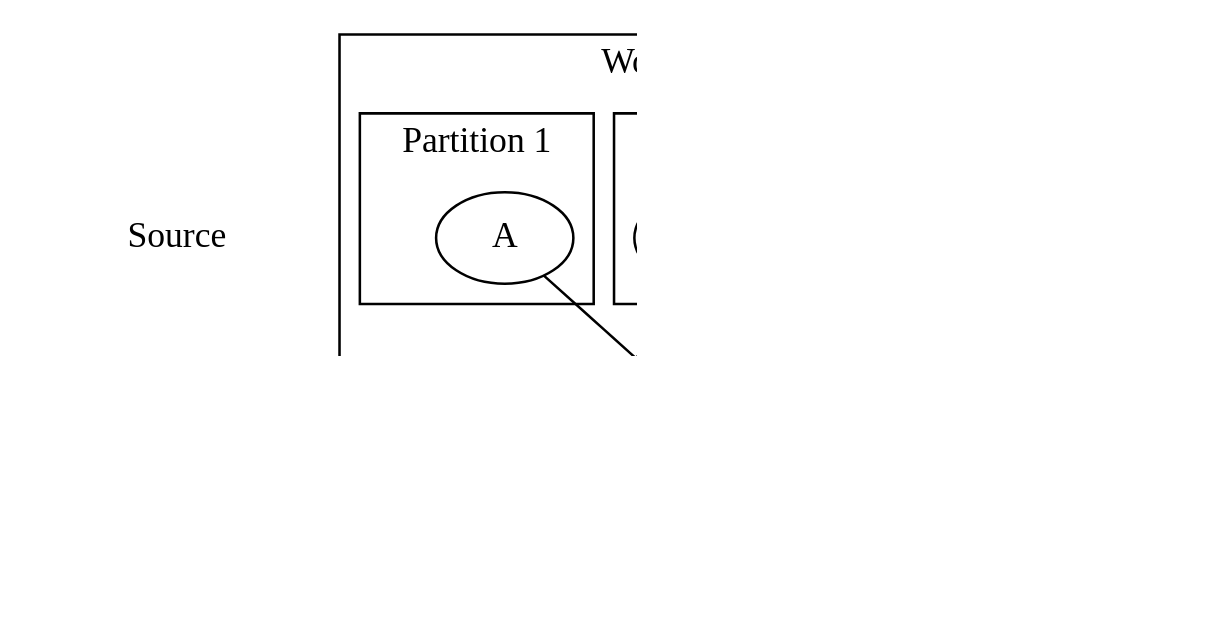
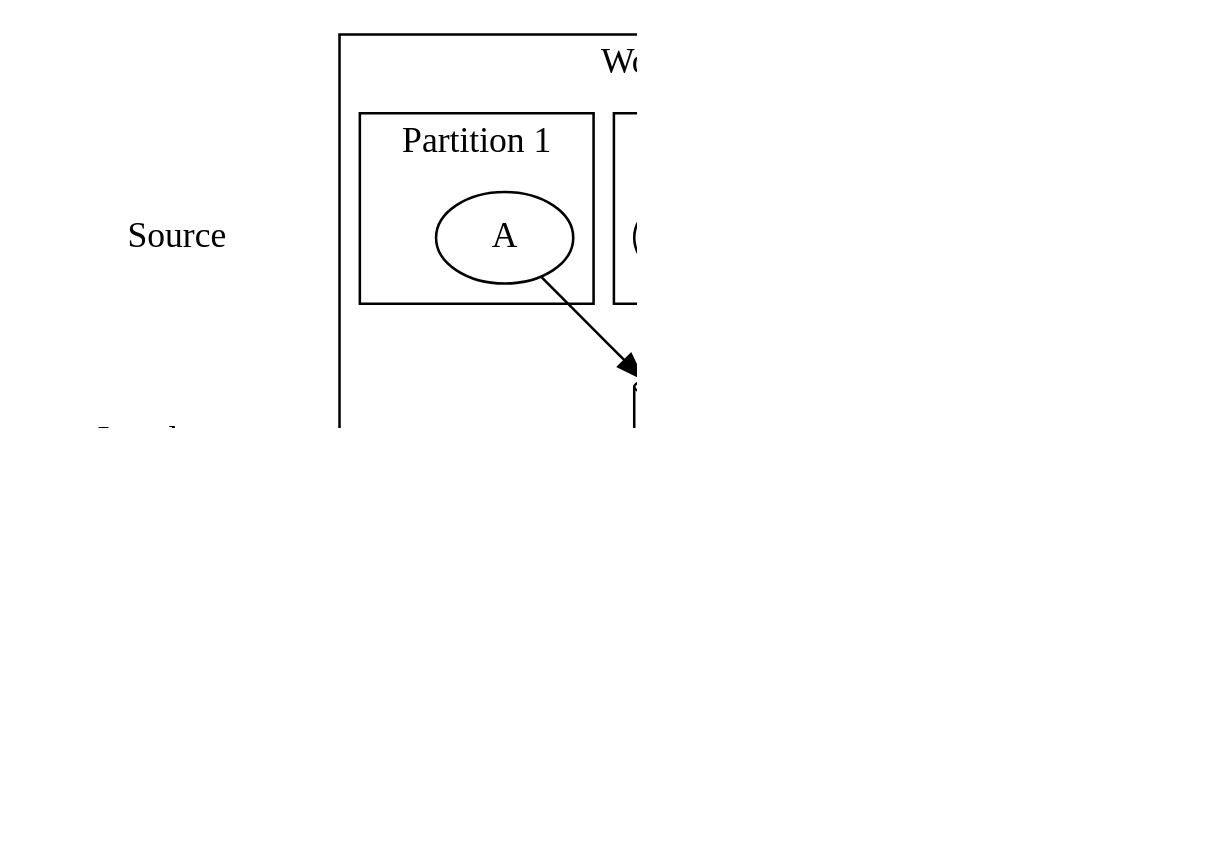
Before and after one commit to inponomarev/kafka-hjs: diagram 40 of 46 in lecture.adoc, drawn with Graphviz. The commit also changed other lines of this file and 3 other files, not shown here.

```diff
--- a/lecture.adoc
+++ b/lecture.adoc
@@ -1422,66 +1865,71 @@
-[graphviz, "local-partitioning.png"]
+[graphviz, "local-partitioning-5.png"]
 -----
 digraph D {
   graph [ dpi = 150 ]; 
   subgraph system {
-
+  
      subgraph cluster_s2{
           style = "invis"
           S1 [shape=plaintext label = "Source"];
           S2 [shape=plaintext label = "Local store"];
           S3 [shape=plaintext label = "Changelog"];
           S1->S2->S3 [style="invis"]
       }
 
     subgraph cluster_p1 {
       label = "Worker 1";
         
           
           subgraph cluster_pp11{
               label = "Partition 2"
           
               b [label = "B"];
               c[label = "C"];
               
           }
  
         subgraph cluster_pp1{
               label = "Partition 1"
               
               
               a [label = "A"];
               
           }
           
         
-        ls1[shape="cylinder" label = "RocksDB"]
+        ls1[shape="cylinder" label = "A: 21\nB: 13"]
         a->ls1;
         b->ls1;
         c->ls1;
         
         p1[shape="plaintext"; style="filled"; fillcolor="#ffffcc"; label = "Partition 1"];
         p2[shape="plaintext"; style="filled"; fillcolor="#ffffcc"; label = "Partition 2"];
         ls1->p1[dir="both"];
         ls1->p2[dir="both"];
     }
     subgraph cluster_p2 {
       label = "Worker 2";
       subgraph cluster_pp2{
               label = "Partition 3"
                 
               d[label = "D"];
               
               
           }
           
           
-        ls2[shape="cylinder" label = "RocksDB"]
+        ls2[shape="cylinder" label = "D: 23"]
         d->ls2;
         p3[shape="plaintext"; style="filled"; fillcolor="#ffffcc"; label = "Partition 3"];
         ls2->p3[dir="both"];
     }
-    
+        p1->p1v1;
+        p2->p2v1;
+        p3->p3v1;
+        p1v1[shape="record"; label="{B: 13}"];
+        p3v1[shape="record"; label="{D: 23}"];
+        p2v1[shape="record"; label="{A: 21}"];
     
   }
 } 
 -----
```
